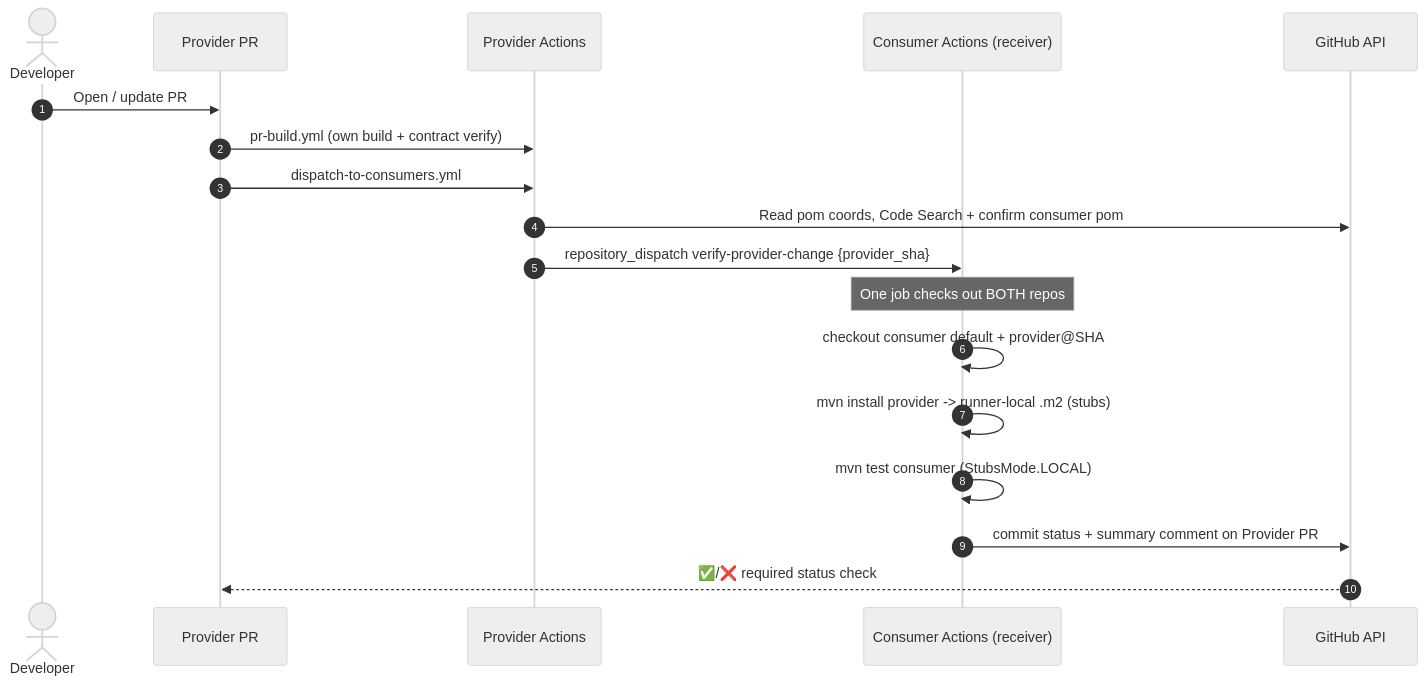
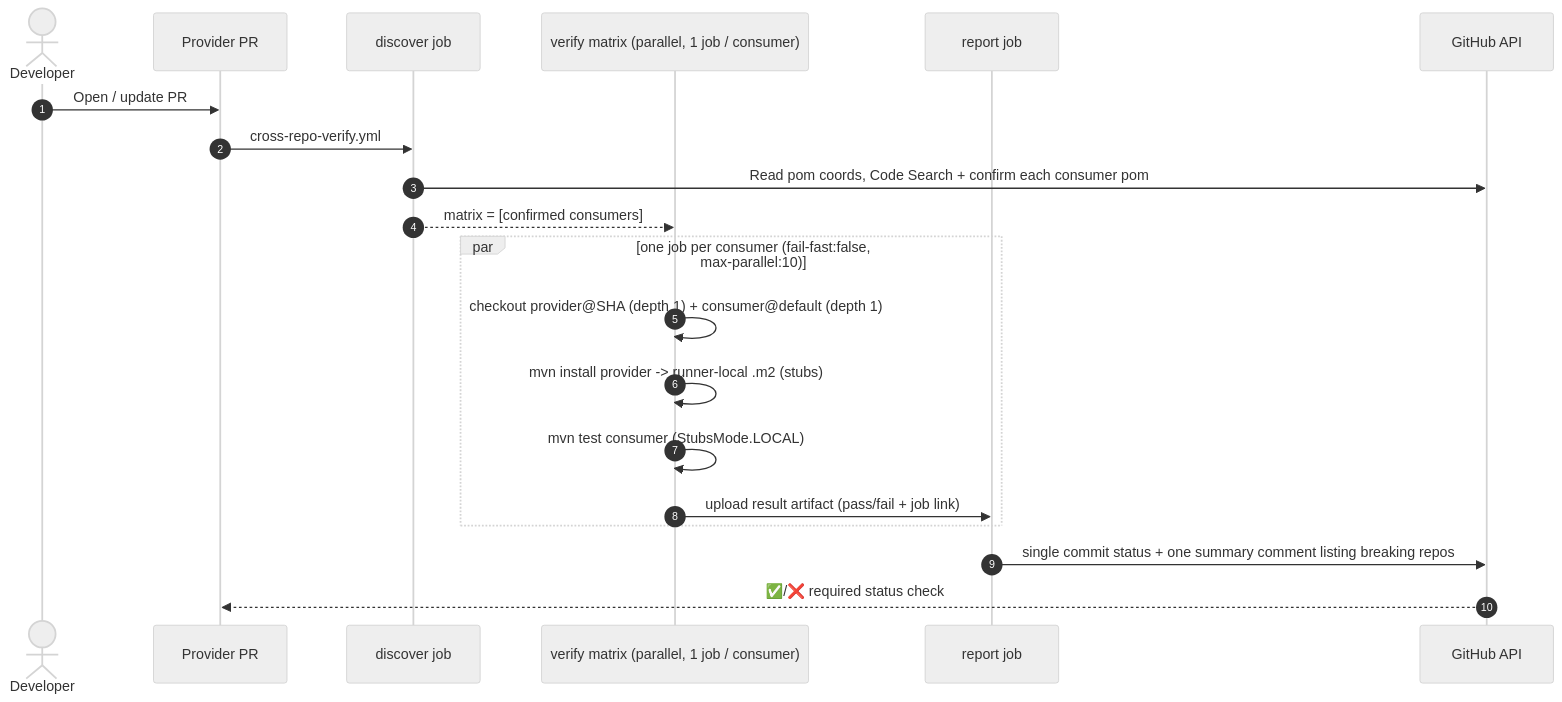
Before and after one commit to Adam-Lemdani/demo-contract-provider: the diagram in README.md, drawn with Mermaid (neutral theme). The commit also changed other lines of this file and 3 other files, not shown here.

Commit message:
Refactor: upstream deps in application.yml + matrix fan-out verification

````diff
--- a/README.md
+++ b/README.md
@@ -34,21 +34,23 @@
 ```mermaid
 sequenceDiagram
     autonumber
     actor Dev as Developer
     participant PP as Provider PR
-    participant PW as Provider Actions
-    participant CW as Consumer Actions (receiver)
+    participant D as discover job
+    participant M as verify matrix (parallel, 1 job / consumer)
+    participant R as report job
     participant GH as GitHub API
 
     Dev->>PP: Open / update PR
-    PP->>PW: pr-build.yml (own build + contract verify)
-    PP->>PW: dispatch-to-consumers.yml
-    PW->>GH: Read pom coords, Code Search + confirm consumer pom
-    PW->>CW: repository_dispatch verify-provider-change {provider_sha}
-    Note over CW: One job checks out BOTH repos
-    CW->>CW: checkout consumer default + provider@SHA
-    CW->>CW: mvn install provider -> runner-local .m2 (stubs)
-    CW->>CW: mvn test consumer (StubsMode.LOCAL)
-    CW->>GH: commit status + summary comment on Provider PR
+    PP->>D: cross-repo-verify.yml
+    D->>GH: Read pom coords, Code Search + confirm each consumer pom
+    D-->>M: matrix = [confirmed consumers]
+    par one job per consumer (fail-fast:false, max-parallel:10)
+        M->>M: checkout provider@SHA (depth 1) + consumer@default (depth 1)
+        M->>M: mvn install provider -> runner-local .m2 (stubs)
+        M->>M: mvn test consumer (StubsMode.LOCAL)
+        M->>R: upload result artifact (pass/fail + job link)
+    end
+    R->>GH: single commit status + one summary comment listing breaking repos
     GH-->>PP: ✅/❌ required status check
 ```
````
